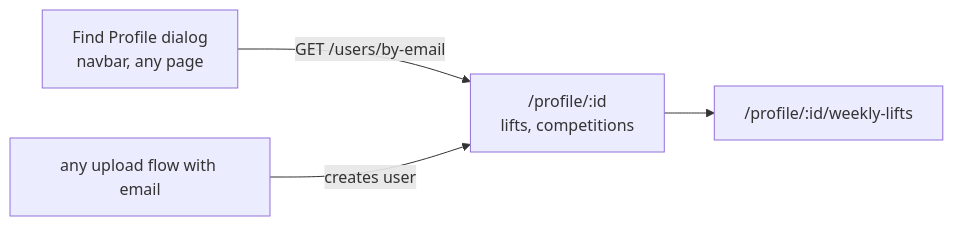
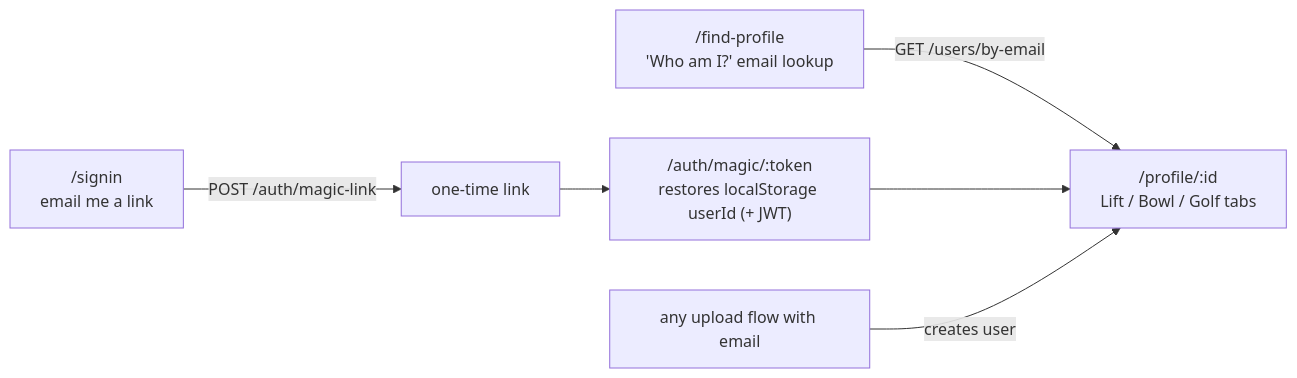
One commit to robert23kim/toms-gym changed the sixth of 6 diagrams in docs/site-map/README.md. Above: the diagram before and after it, drawn with Mermaid. The commit also changed other lines of this file and 14 other files, not shown here.

First line of the commit message:
docs(site-map): refresh production walk for shipped UX roadmap

````diff
--- a/docs/site-map/README.md
+++ b/docs/site-map/README.md
@@ -107,6 +131,7 @@
 ```mermaid
 flowchart LR
-    FP[Find Profile dialog\nnavbar, any page] -->|GET /users/by-email| P["/profile/:id\nlifts, competitions"]
+    FP["/find-profile\n'Who am I?' email lookup"] -->|GET /users/by-email| P["/profile/:id\nLift / Bowl / Golf tabs"]
+    SI["/signin\nemail me a link"] -->|POST /auth/magic-link| MAIL[one-time link]
+    MAIL --> MG["/auth/magic/:token\nrestores localStorage userId (+ JWT)"] --> P
     UP[any upload flow with email] -->|creates user| P
-    P --> WL["/profile/:id/weekly-lifts"]
 ```
````
